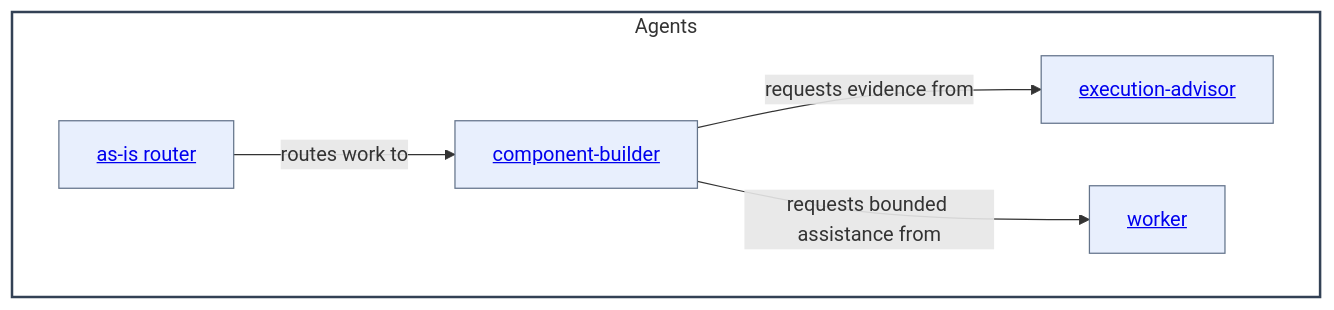
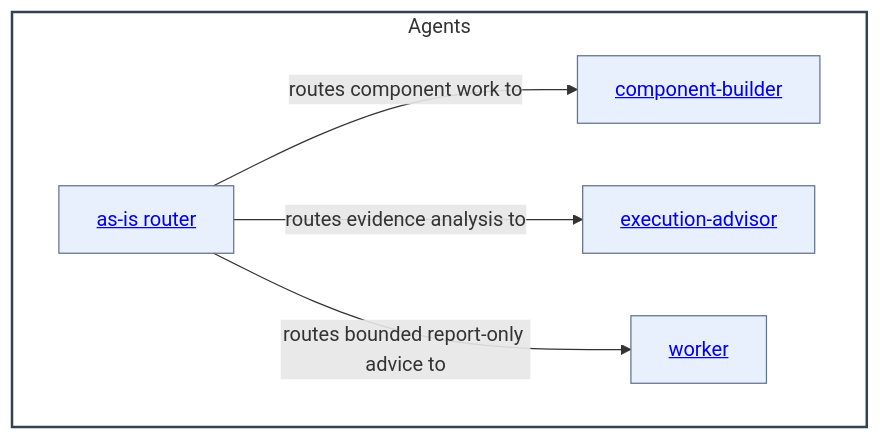
The diagram in agents/as-is.md (abstract-business-systems/as-is), drawn with Mermaid before and after one commit. The commit also changed other lines of this file and 3 other files, not shown here.

Commit message:
docs(agents): update role design diagrams

````diff
--- a/agents/as-is.md
+++ b/agents/as-is.md
@@ -33,19 +31,19 @@
 ```mermaid
 %%{init: {"securityLevel": "loose"}}%%
 flowchart LR
     subgraph Agents["Agents"]
         direction LR
         AsIsRouter["<a href='./as-is/as-is.md#design'>as-is router</a>"]
         ComponentBuilder["<a href='./component-builder/as-is.md#design'>component-builder</a>"]
         ExecutionAdvisor["<a href='./execution-advisor/as-is.md#design'>execution-advisor</a>"]
         Worker["<a href='./worker/as-is.md#design'>worker</a>"]
 
-        AsIsRouter -->|routes work to| ComponentBuilder
-        ComponentBuilder -->|requests evidence from| ExecutionAdvisor
-        ComponentBuilder -->|requests bounded assistance from| Worker
+        AsIsRouter -->|routes component work to| ComponentBuilder
+        AsIsRouter -->|routes evidence analysis to| ExecutionAdvisor
+        AsIsRouter -->|routes bounded report-only advice to| Worker
     end
     classDef component fill:#f8fafc,fill-opacity:0.1,stroke:#334155,stroke-width:2px
     classDef child fill:#2563eb,fill-opacity:0.1,stroke:#64748b,stroke-width:1px
     class Agents component
     class AsIsRouter,ComponentBuilder,ExecutionAdvisor,Worker child
 ```
````
